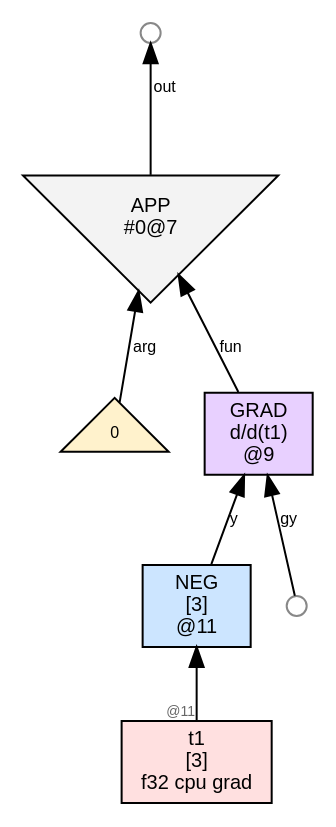
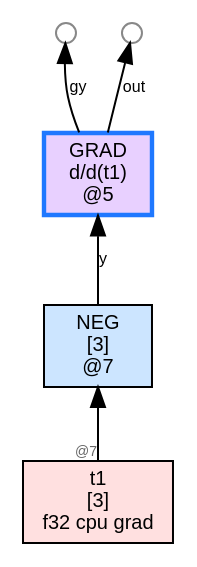
Before and after one commit to sw1sh/TinyHVM: the diagram in wl/examples/thvm_graphs/grad_rules/neg/thvm_0_pre_reduce.dot, drawn with Graphviz. The commit also changed 261 other files, not shown here.

First line of the commit message:
grad: flip gy arrow outward; drop APP wrap; insert explicit GC sweep phase

```diff
--- a/wl/examples/thvm_graphs/grad_rules/neg/thvm_0_pre_reduce.dot
+++ b/wl/examples/thvm_graphs/grad_rules/neg/thvm_0_pre_reduce.dot
@@ -1,19 +1,15 @@
 digraph G {
   rankdir=BT;
   node [fontname="Helvetica", fontsize=10, style=filled, shape=box, margin="0.1,0.05"];
   edge [fontsize=8, fontname="Helvetica"];
 
-  n9 [label="GRAD\nd/d(t1)\n@9", shape=box, fillcolor="#e8d0ff"];
-  n11 -> n9 [label="y"];
-  free9_1 [label="",shape=circle,width=0.14,height=0.14,fixedsize=true,fillcolor="#ffffff",color="#888888",fontsize=1];
-  free9_1 -> n9 [label="gy"];
-  n11 [label="NEG\n[3]\n@11", shape=box, fillcolor="#cce5ff"];
+  n7 [label="NEG\n[3]\n@7", shape=box, fillcolor="#cce5ff"];
   t1 [label="t1\n[3]\nf32 cpu grad",shape=box,fillcolor="#ffe0e0"];
-  t1 -> n11 [label="",taillabel="@11",labelfontsize=7,fontcolor="#666666"];
-  n7 [label="APP\n#0@7", shape=invtriangle, fillcolor="#f3f3f3"];
-  n9 -> n7 [label="fun"];
-  num_app7_1 [label="0",shape=triangle,fillcolor="#fff2cc",fontsize=8];
-  num_app7_1 -> n7 [label="arg"];
-  free7_1000 [label="",shape=circle,width=0.14,height=0.14,fixedsize=true,fillcolor="#ffffff",color="#888888",fontsize=1];
-  n7 -> free7_1000 [label="out"];
+  t1 -> n7 [label="",taillabel="@7",labelfontsize=7,fontcolor="#666666"];
+  n5 [label="GRAD\nd/d(t1)\n@5", shape=box, fillcolor="#e8d0ff",color="#1f78ff",penwidth=2.2];
+  n7 -> n5 [label="y"];
+  free5_1 [label="",shape=circle,width=0.14,height=0.14,fixedsize=true,fillcolor="#ffffff",color="#888888",fontsize=1];
+  n5 -> free5_1 [label="gy"];
+  free5_1000 [label="",shape=circle,width=0.14,height=0.14,fixedsize=true,fillcolor="#ffffff",color="#888888",fontsize=1];
+  n5 -> free5_1000 [label="out"];
 }
```
